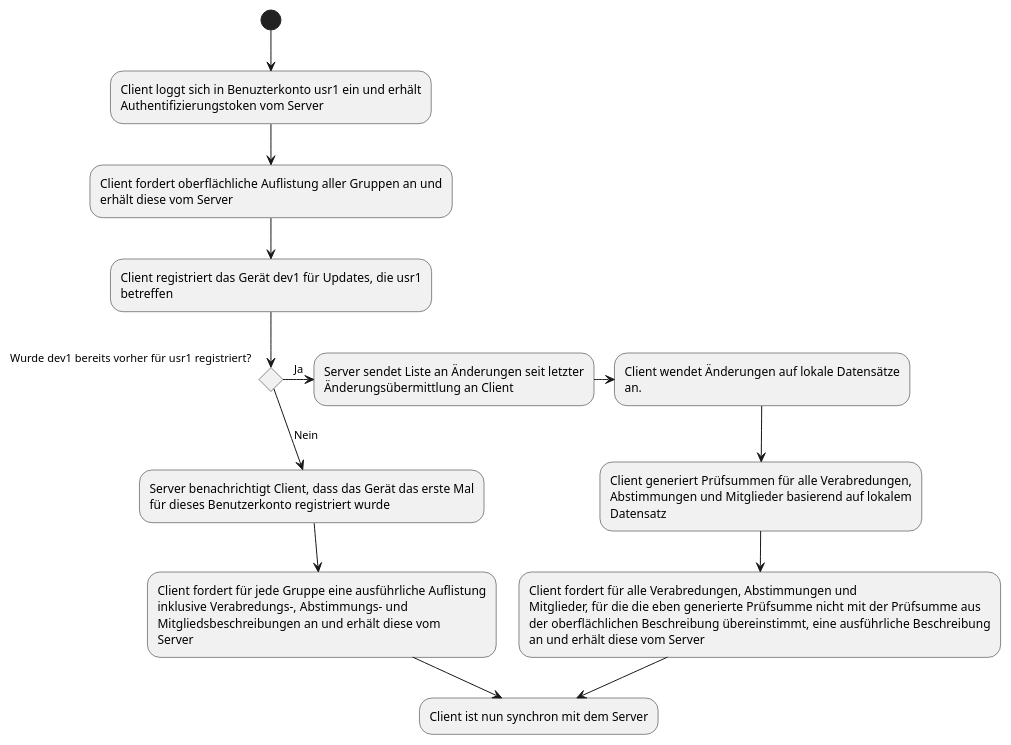
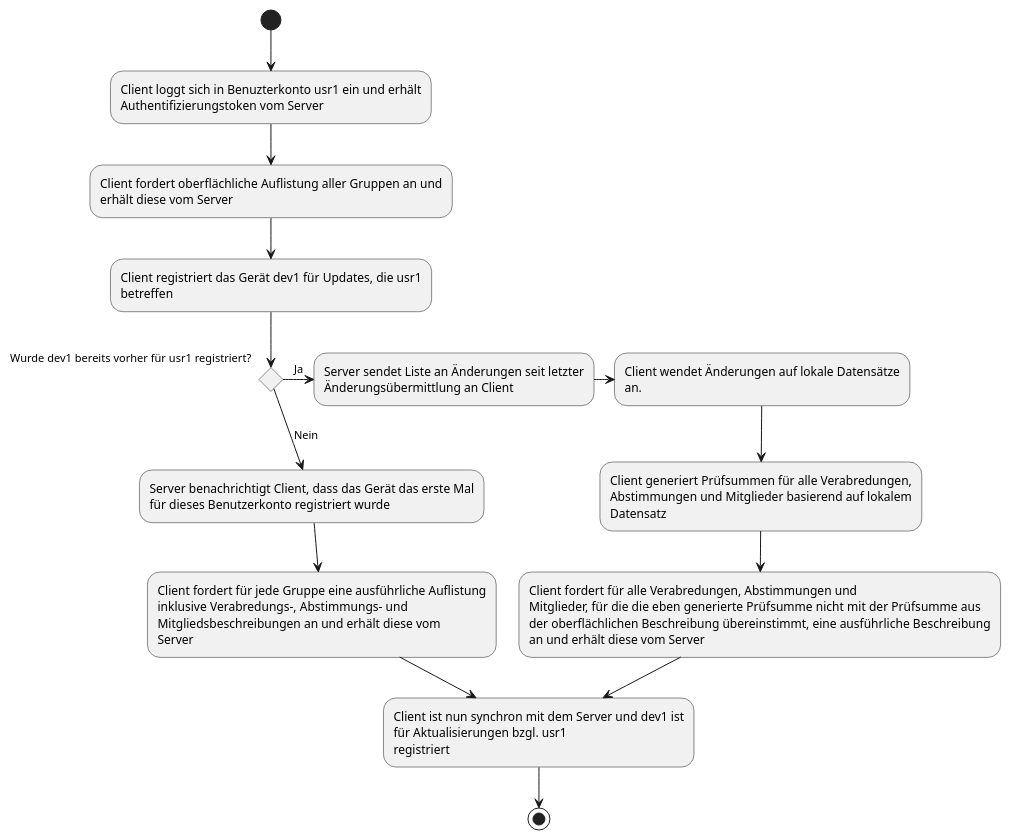
The diagram in entwurf/uml-source/synchronize.plantuml (V0G3L/treff.), drawn with PlantUML before and after one commit. The commit also changed 4 other files, not shown here.

```diff
--- a/entwurf/uml-source/synchronize.plantuml
+++ b/entwurf/uml-source/synchronize.plantuml
@@ -1,35 +1,38 @@
 @startuml
 
 (*) --> "Client loggt sich in Benuzterkonto usr1 ein und erhält
          Authentifizierungstoken vom Server" as login
 login --> "Client fordert oberflächliche Auflistung aller Gruppen an und
            erhält diese vom Server" as getShallowGrp
 getShallowGrp --> "Client registriert das Gerät dev1 für Updates, die usr1
                    betreffen" as regUpdate
 
 regUpdate --> if "Wurde dev1 bereits vorher für usr1 registriert?" then
     -right->[Ja] "Server sendet Liste an Änderungen seit letzter
          Änderungsübermittlung an Client" as sendUpdate
 else
     -down->[Nein] "Server benachrichtigt Client, dass das Gerät das erste Mal
          für dieses Benutzerkonto registriert wurde" as noUpdate
 endif
 
 sendUpdate -right-> "Client wendet Änderungen auf lokale Datensätze
                 an." as applyUpdates
 applyUpdates --> "Client generiert Prüfsummen für alle Verabredungen,
                   Abstimmungen und Mitglieder basierend auf lokalem
                   Datensatz" as genChecksum
 genChecksum --> "Client fordert für alle Verabredungen, Abstimmungen und
 Mitglieder, für die die eben generierte Prüfsumme nicht mit der Prüfsumme aus
 der oberflächlichen Beschreibung übereinstimmt, eine ausführliche Beschreibung
 an und erhält diese vom Server" as selectiveResync
 noUpdate --> "Client fordert für jede Gruppe eine ausführliche Auflistung
               inklusive Verabredungs-, Abstimmungs- und
               Mitgliedsbeschreibungen an und erhält diese vom
               Server" as getDeepGrp
 
-selectiveResync --> "Client ist nun synchron mit dem Server" as isSynchronized
+selectiveResync --> "Client ist nun synchron mit dem Server und dev1 ist
+                     für Aktualisierungen bzgl. usr1
+                     registriert" as isSynchronized
 getDeepGrp --> isSynchronized
+isSynchronized --> (*)
 
 @enduml
```
